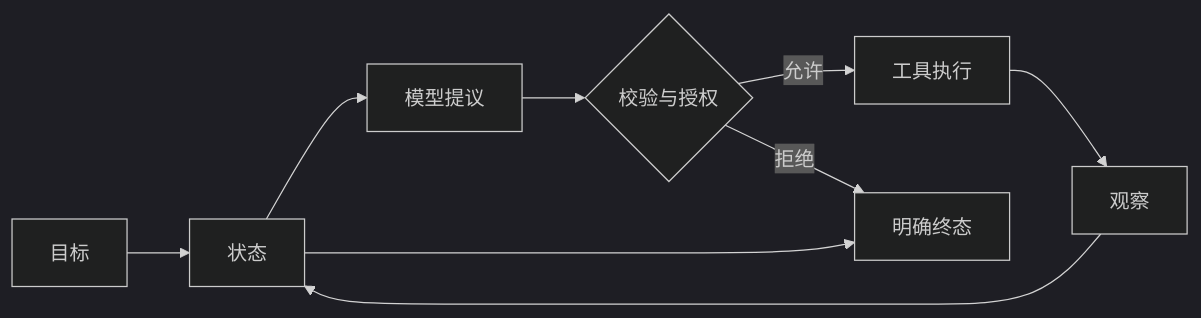
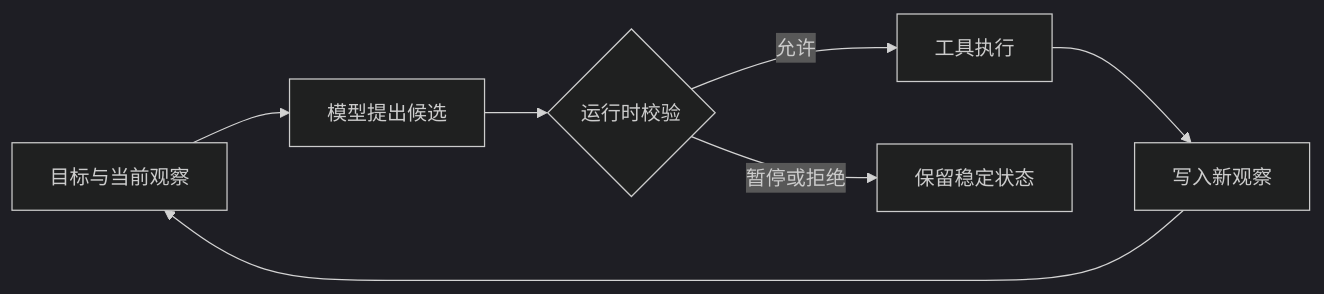
The diagram in docs/ai-agent/agent-essence-autonomy-boundaries.md (upJiang/jiang-blog-vitepress), drawn with Mermaid (dark theme) before and after one commit. The commit also changed other lines of this file and 13 other files, not shown here.

````diff
--- a/docs/ai-agent/agent-essence-autonomy-boundaries.md
+++ b/docs/ai-agent/agent-essence-autonomy-boundaries.md
@@ -26,11 +52,9 @@
 ```mermaid
 flowchart LR
-  G[目标] --> S[状态]
-  S --> M[模型提议]
-  M --> V{校验与授权}
-  V -->|允许| T[工具执行]
-  T --> O[观察]
+  S[目标与当前观察] --> P[模型提出候选]
+  P --> R{运行时校验}
+  R -->|允许| T[工具执行]
+  T --> O[写入新观察]
   O --> S
-  V -->|拒绝| E[明确终态]
-  S --> E
+  R -->|暂停或拒绝| X[保留稳定状态]
 ```
````
